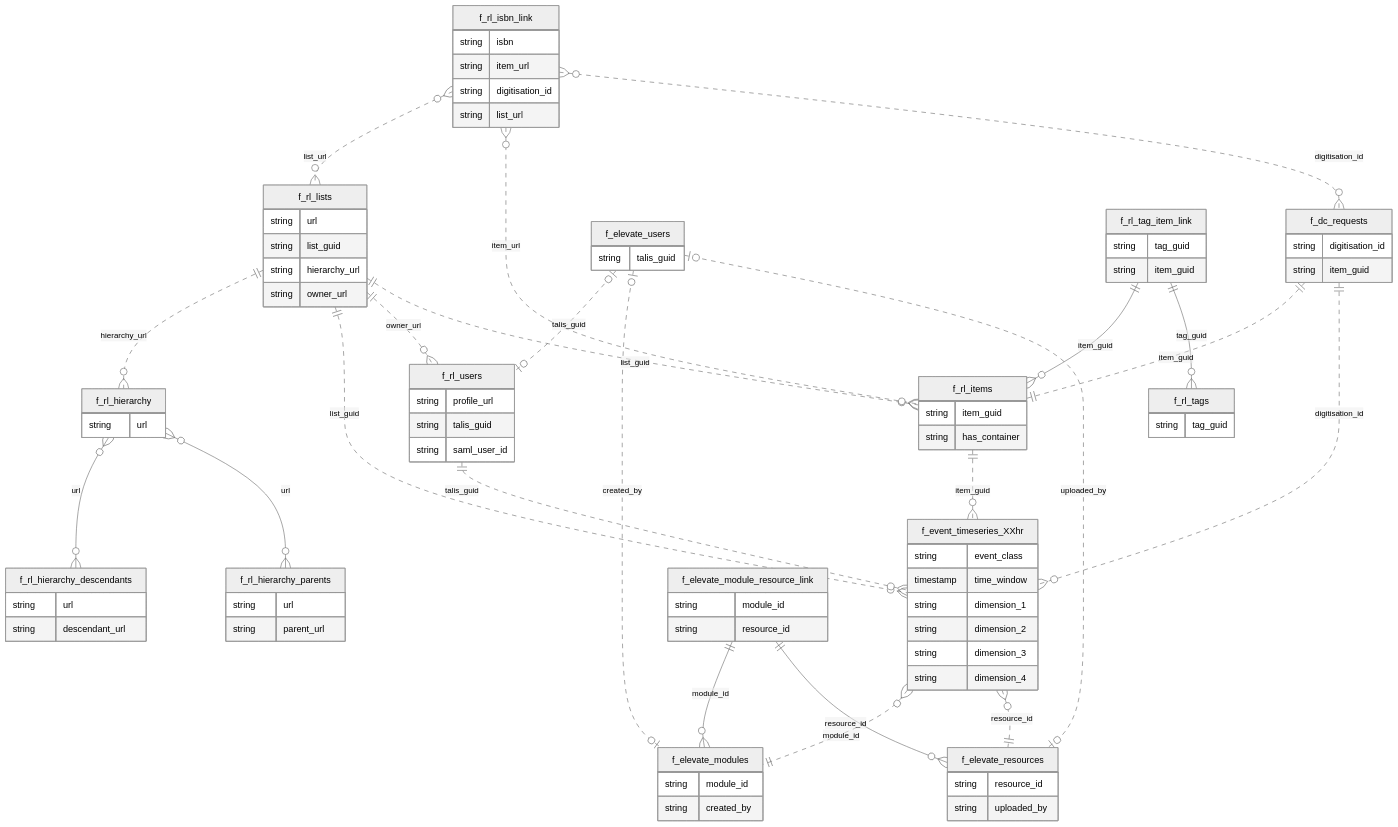
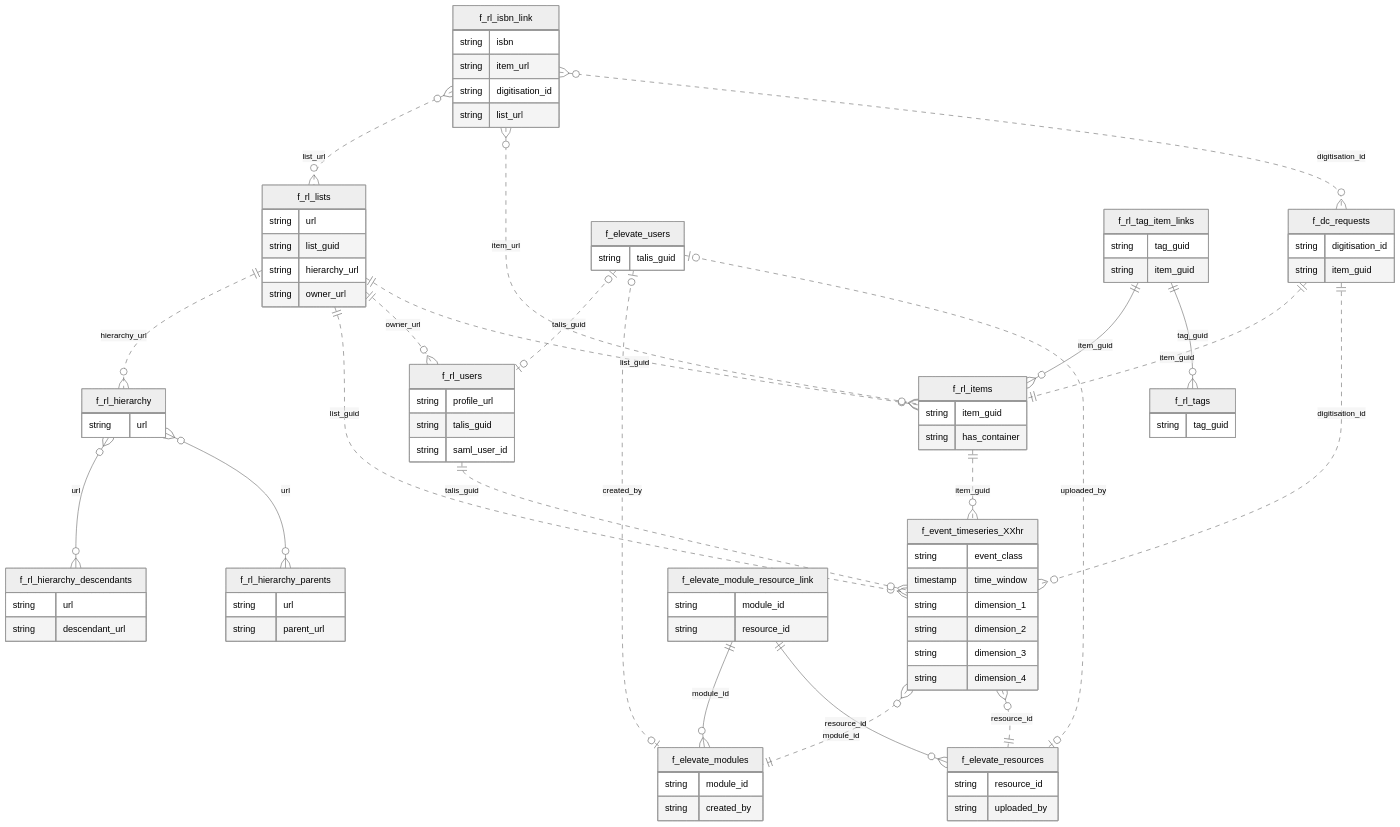
The diagram in topics/entity-relationships.md (talis/advanced-mis), drawn with Mermaid (neutral theme) before and after one commit. The commit also changed 2 other files, not shown here.

Commit message:
link -> links

```diff
--- a/topics/entity-relationships.md
+++ b/topics/entity-relationships.md
@@ -120,12 +120,12 @@
         string talis_guid
     }
 
-    f_rl_tag_item_link {
+    f_rl_tag_item_links {
         string tag_guid
         string item_guid
     }
-    f_rl_tag_item_link ||--o{ f_rl_items : item_guid
-    f_rl_tag_item_link ||--o{ f_rl_tags : tag_guid
+    f_rl_tag_item_links ||--o{ f_rl_items : item_guid
+    f_rl_tag_item_links ||--o{ f_rl_tags : tag_guid
 
     f_rl_tags {
         string tag_guid
```
